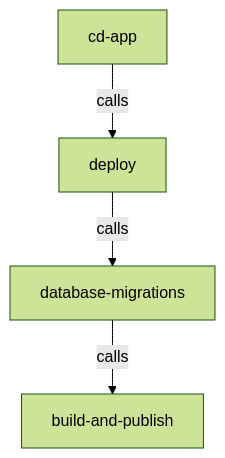
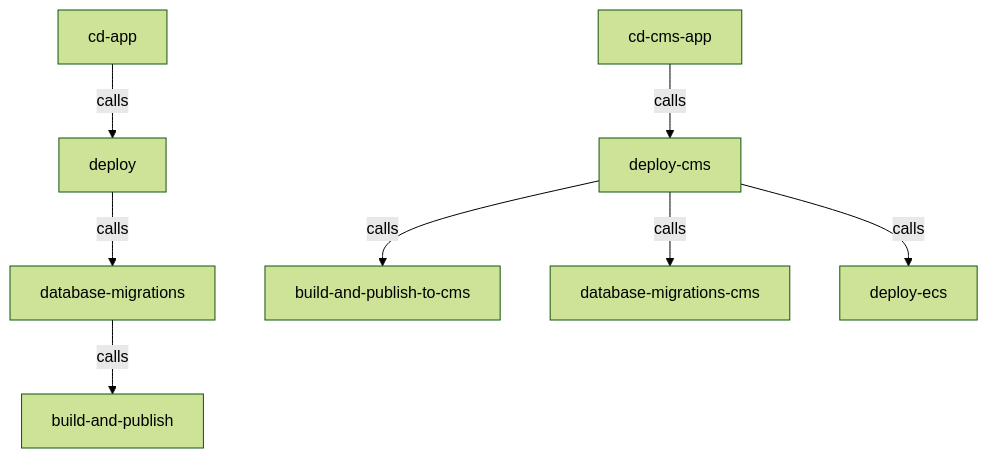
Before and after one commit to DSACMS/iv-cbv-payroll: the diagram in .github/workflows/README.md, drawn with Mermaid (forest theme). The commit also changed other lines of this file and 2 other files, not shown here.

Commit message:
Deploy to CMS on push to main

````diff
--- a/.github/workflows/README.md
+++ b/.github/workflows/README.md
@@ -42,9 +43,14 @@
 ```mermaid
 graph TD
   cd-app
   deploy
   database-migrations
   build-and-publish
 
   cd-app-->|calls|deploy-->|calls|database-migrations-->|calls|build-and-publish
+
+  cd-cms-app-->|calls|deploy-cms
+  deploy-cms-->|calls|build-and-publish-to-cms
+  deploy-cms-->|calls|database-migrations-cms
+  deploy-cms-->|calls|deploy-ecs
 ```
````
